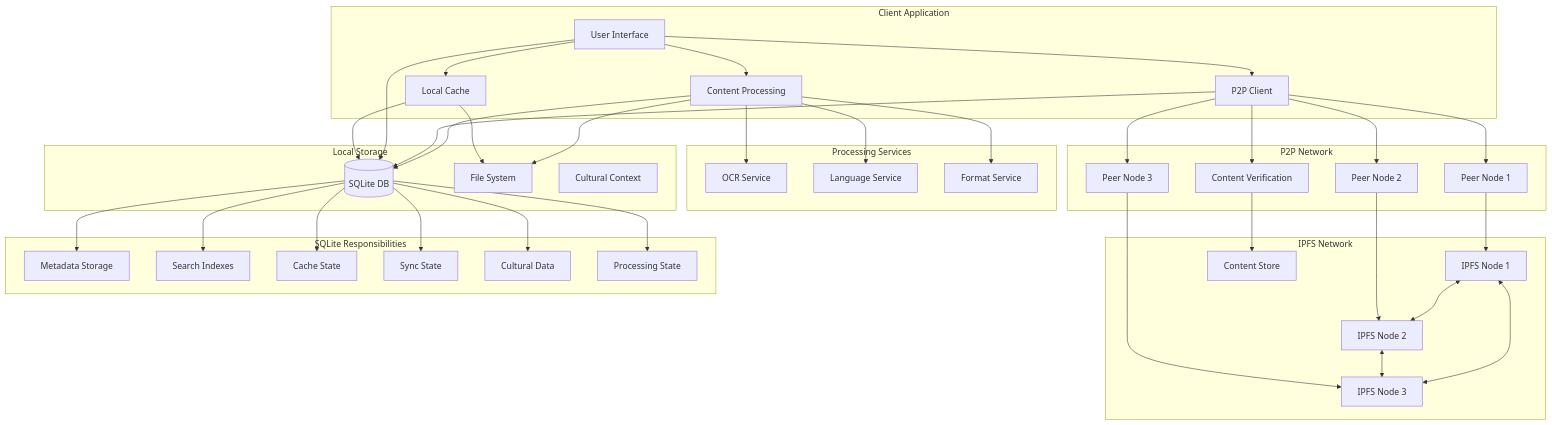
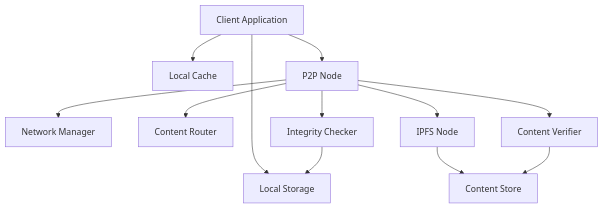
Before and after one commit to AlLibrary-Libertarian-knowledge/DocsAndResearch_AlLibrary: the diagram in Software Engineering/deployment_diagram.md, drawn with Mermaid. The commit also changed 17 other files, not shown here.

````diff
--- a/Software Engineering/deployment_diagram.md
+++ b/Software Engineering/deployment_diagram.md
@@ -1,89 +1,33 @@
 ```mermaid
 graph TB
-    %% Client Node
-    subgraph Client[Client Application]
-        UI[User Interface]
-        LocalCache[Local Cache]
-        P2PClient[P2P Client]
-        Processing[Content Processing]
-    end
+    %% Client Application
+    Client[Client Application]
+    LocalStorage[Local Storage]
+    Cache[Local Cache]
 
-    %% Network Nodes
-    subgraph Network[P2P Network]
-        Peer1[Peer Node 1]
-        Peer2[Peer Node 2]
-        Peer3[Peer Node 3]
-        Verification[Content Verification]
-    end
-
-    %% IPFS Network
-    subgraph IPFSNetwork[IPFS Network]
-        IPFSNode1[IPFS Node 1]
-        IPFSNode2[IPFS Node 2]
-        IPFSNode3[IPFS Node 3]
-        ContentStore[Content Store]
-    end
-
-    %% Processing Services
-    subgraph ProcessingServices[Processing Services]
-        OCR[OCR Service]
-        Language[Language Service]
-        Format[Format Service]
-    end
-
-    %% Connections
-    UI --> LocalCache
-    UI --> P2PClient
-    UI --> Processing
-    P2PClient --> Peer1
-    P2PClient --> Peer2
-    P2PClient --> Peer3
-    P2PClient --> Verification
-
-    Peer1 --> IPFSNode1
-    Peer2 --> IPFSNode2
-    Peer3 --> IPFSNode3
-    Verification --> ContentStore
-
-    IPFSNode1 <--> IPFSNode2
-    IPFSNode2 <--> IPFSNode3
-    IPFSNode3 <--> IPFSNode1
-
-    Processing --> OCR
-    Processing --> Language
-    Processing --> Format
+    %% P2P Network
+    P2PNode[P2P Node]
+    NetworkManager[Network Manager]
+    ContentRouter[Content Router]
 
     %% Storage
-    subgraph Storage[Local Storage]
-        SQLite[(SQLite DB)]
-        FileSystem[File System]
-        ContextStore[Cultural Context]
-    end
+    IPFSNode[IPFS Node]
+    ContentStore[Content Store]
 
-    %% SQLite Connections
-    LocalCache --> SQLite
-    UI --> SQLite
-    P2PClient --> SQLite
-    Processing --> SQLite
+    %% Security
+    Verifier[Content Verifier]
+    IntegrityChecker[Integrity Checker]
 
-    %% File System Connections
-    LocalCache --> FileSystem
-    Processing --> FileSystem
-
-    %% SQLite Responsibilities
-    subgraph SQLiteRoles[SQLite Responsibilities]
-        Metadata[Metadata Storage]
-        Indexes[Search Indexes]
-        CacheState[Cache State]
-        SyncState[Sync State]
-        CulturalData[Cultural Data]
-        ProcessingState[Processing State]
-    end
-
-    SQLite --> Metadata
-    SQLite --> Indexes
-    SQLite --> CacheState
-    SQLite --> SyncState
-    SQLite --> CulturalData
-    SQLite --> ProcessingState
+    %% Relationships
+    Client --> LocalStorage
+    Client --> Cache
+    Client --> P2PNode
+    P2PNode --> NetworkManager
+    P2PNode --> ContentRouter
+    P2PNode --> IPFSNode
+    IPFSNode --> ContentStore
+    P2PNode --> Verifier
+    P2PNode --> IntegrityChecker
+    Verifier --> ContentStore
+    IntegrityChecker --> LocalStorage
 ```
````
